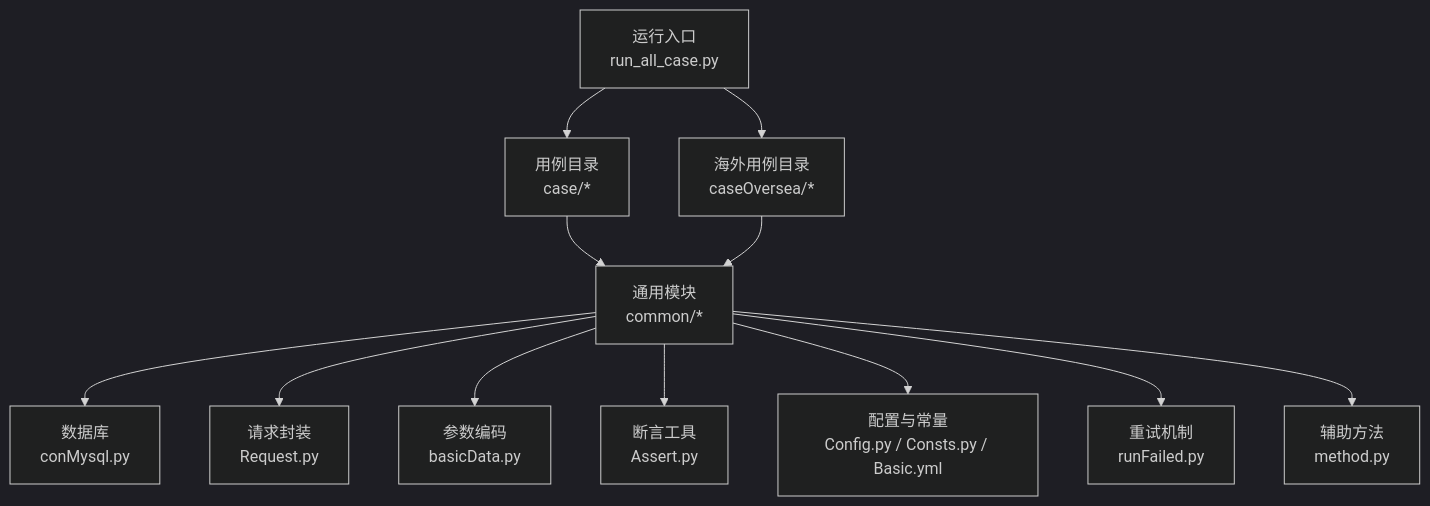
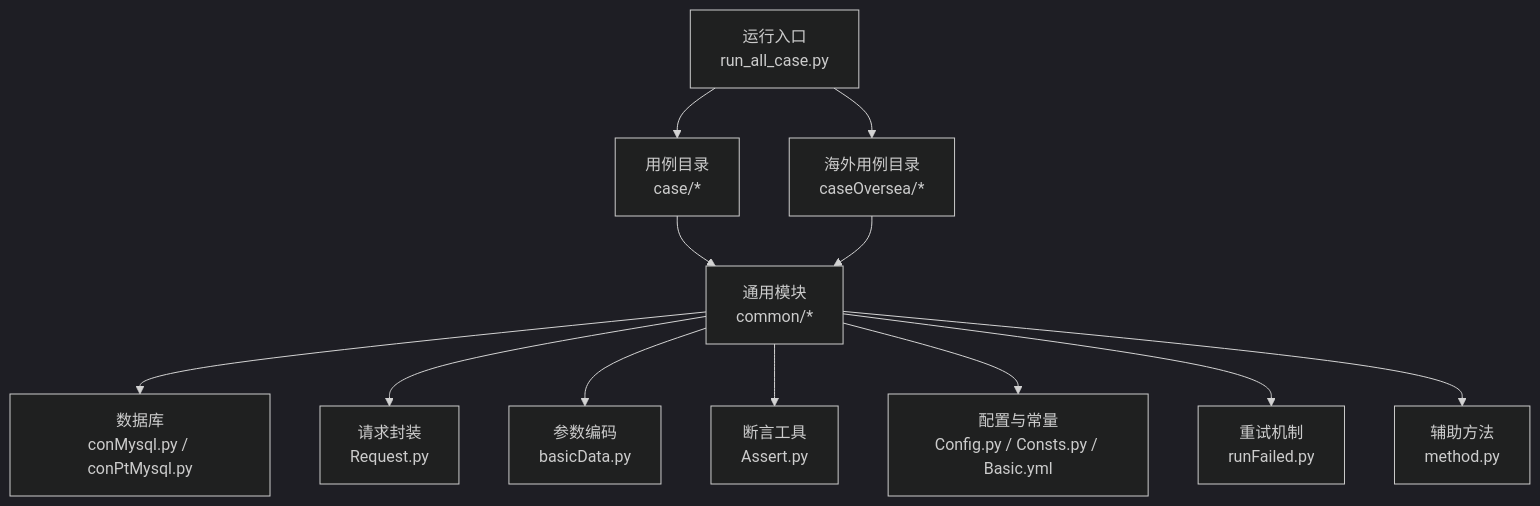
Before and after one commit to liximing1-ola/qa-payTest: the first of 6 diagrams in .qoder/repowiki/zh/content/支付测试用例/支付测试用例.md, drawn with Mermaid (dark theme). The commit also changed other lines of this file and 3 other files, not shown here.

````diff
--- a/.qoder/repowiki/zh/content/支付测试用例/支付测试用例.md
+++ b/.qoder/repowiki/zh/content/支付测试用例/支付测试用例.md
@@ -57,14 +68,14 @@
 ```mermaid
 graph TB
 A["运行入口<br/>run_all_case.py"] --> B["用例目录<br/>case/*"]
 A --> C["海外用例目录<br/>caseOversea/*"]
 B --> D["通用模块<br/>common/*"]
 C --> D
-D --> E["数据库<br/>conMysql.py"]
+D --> E["数据库<br/>conMysql.py / conPtMysql.py"]
 D --> F["请求封装<br/>Request.py"]
 D --> G["参数编码<br/>basicData.py"]
 D --> H["断言工具<br/>Assert.py"]
 D --> I["配置与常量<br/>Config.py / Consts.py / Basic.yml"]
 D --> J["重试机制<br/>runFailed.py"]
 D --> K["辅助方法<br/>method.py"]
 ```
````
